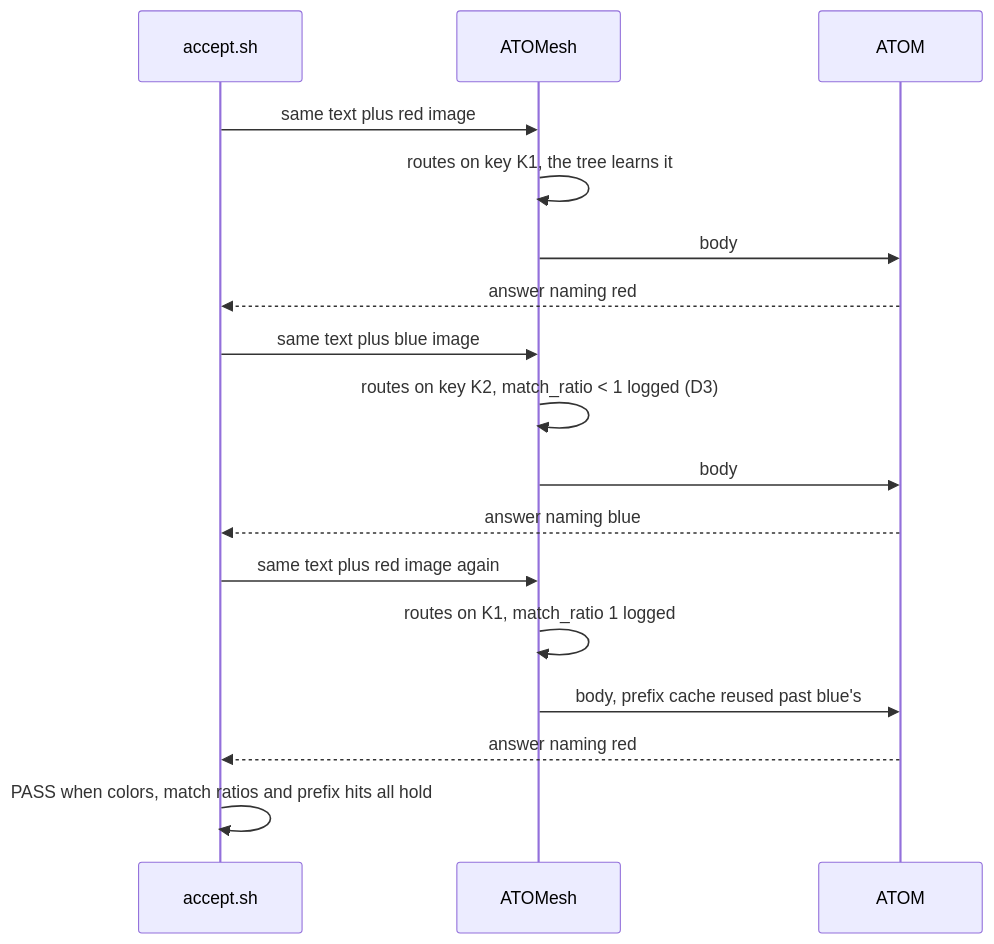
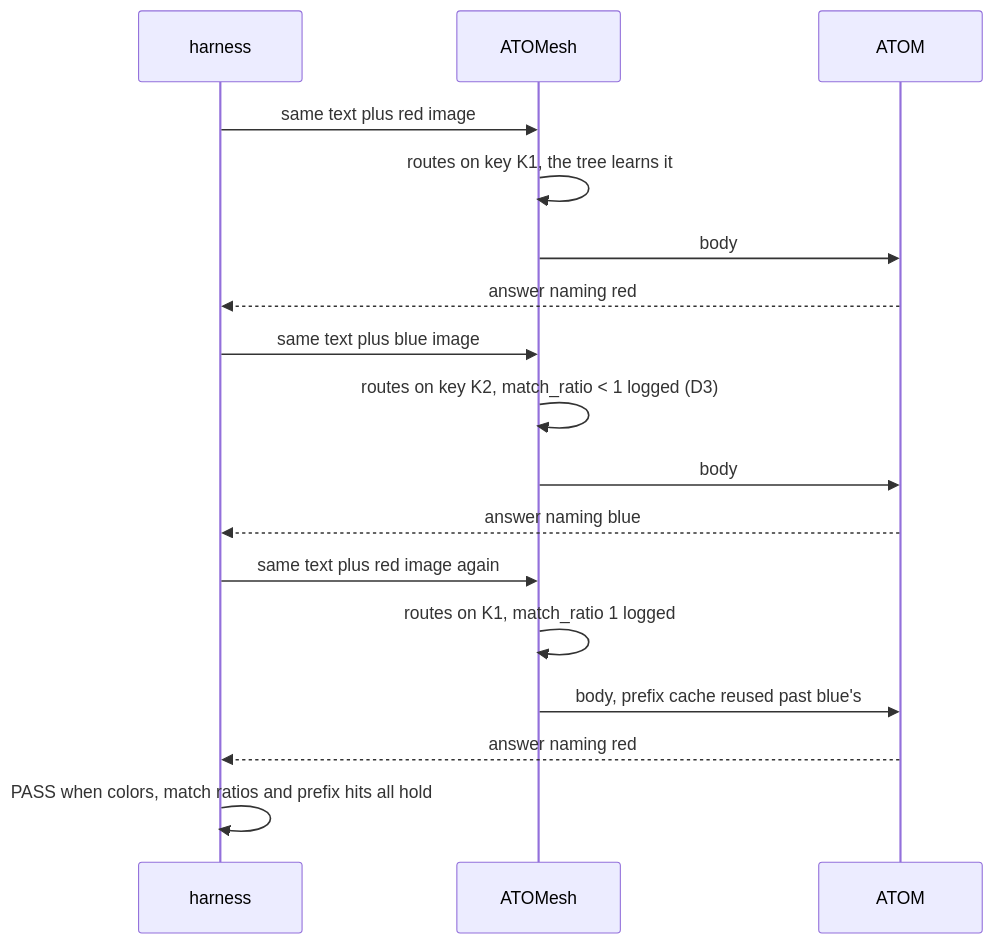
The second of 6 diagrams in docs/atomesh_multimodal_epd.md (ROCm/ATOM), drawn with Mermaid before and after one commit. The commit also changed other lines of this file, not shown here.

First line of the commit message:
docs: the acceptance harness is out of tree; results are on the PRs they check

````diff
--- a/docs/atomesh_multimodal_epd.md
+++ b/docs/atomesh_multimodal_epd.md
@@ -78,19 +79,19 @@
 ```mermaid
 sequenceDiagram
-    participant H as accept.sh
+    participant H as harness
     participant M as ATOMesh
     participant A as ATOM
     H->>M: same text plus red image
     M->>M: routes on key K1, the tree learns it
     M->>A: body
     A-->>H: answer naming red
     H->>M: same text plus blue image
     M->>M: routes on key K2, match_ratio < 1 logged (D3)
     M->>A: body
     A-->>H: answer naming blue
     H->>M: same text plus red image again
     M->>M: routes on K1, match_ratio 1 logged
     M->>A: body, prefix cache reused past blue's
     A-->>H: answer naming red
     H->>H: PASS when colors, match ratios and prefix hits all hold
 ```
````
